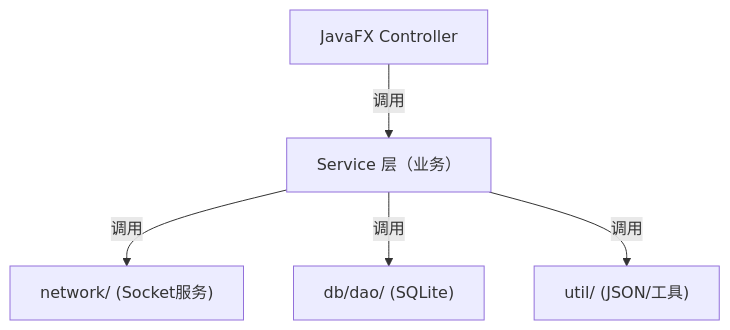
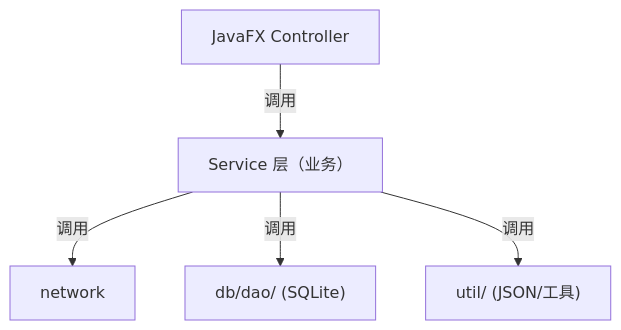
Before and after one commit to WomderBoY/ExamSystem: the first of 2 diagrams in README.md, drawn with Mermaid. The commit also changed other lines of this file and 16 other files, not shown here.

````diff
--- a/README.md
+++ b/README.md
@@ -157,15 +172,15 @@
 ```mermaid
 graph TD
 
     JavaFXController["JavaFX Controller"]
     ServiceLayer["Service 层（业务）"]
-    NetworkLayer["network/ (Socket服务)"]
+    NetworkLayer["network"]
     DBLayer["db/dao/ (SQLite)"]
     UtilLayer["util/ (JSON/工具)"]
 
     JavaFXController -->|调用| ServiceLayer
 
     ServiceLayer -->|调用| NetworkLayer
     ServiceLayer -->|调用| DBLayer
     ServiceLayer -->|调用| UtilLayer
 ```
````
